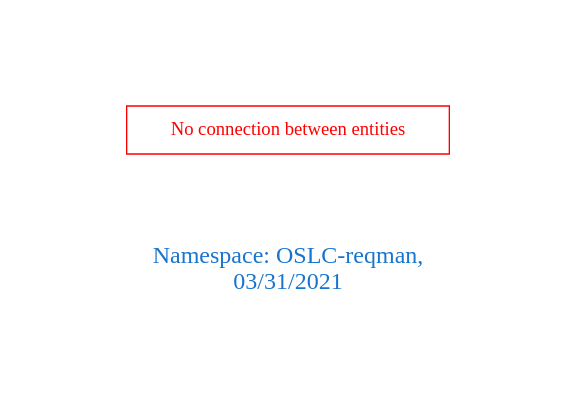
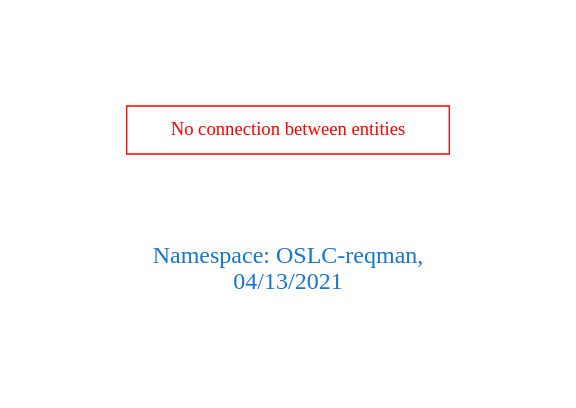
Before and after one commit to arago/OGIT: the diagram in downloads/OSLC-reqman.dot, drawn with Graphviz. The commit also changed 1849 other files, not shown here.

```diff
--- a/downloads/OSLC-reqman.dot
+++ b/downloads/OSLC-reqman.dot
@@ -1,9 +1,9 @@
 digraph OGIT_ontology {
  graph [ rankdir= LR,pad=1 
 fontsize = 18,
-fontcolor= dodgerblue3,label = "\n\n\nNamespace: OSLC-reqman, \n 03/31/2021"];
+fontcolor= dodgerblue3,label = "\n\n\nNamespace: OSLC-reqman, \n 04/13/2021"];
 node[shape=polygon];
 edge [  color="gray81"];
 
 "No connection between entities" [fontcolor = "red",color="red", shape="polygon"]
 }
```
